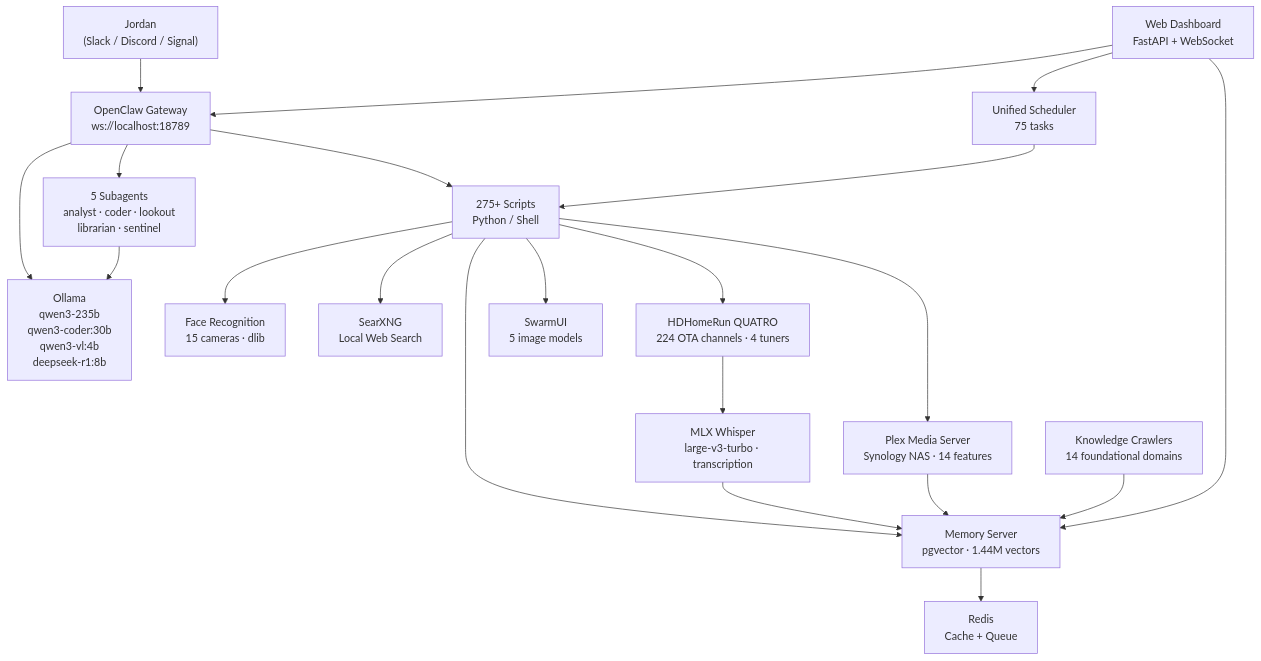
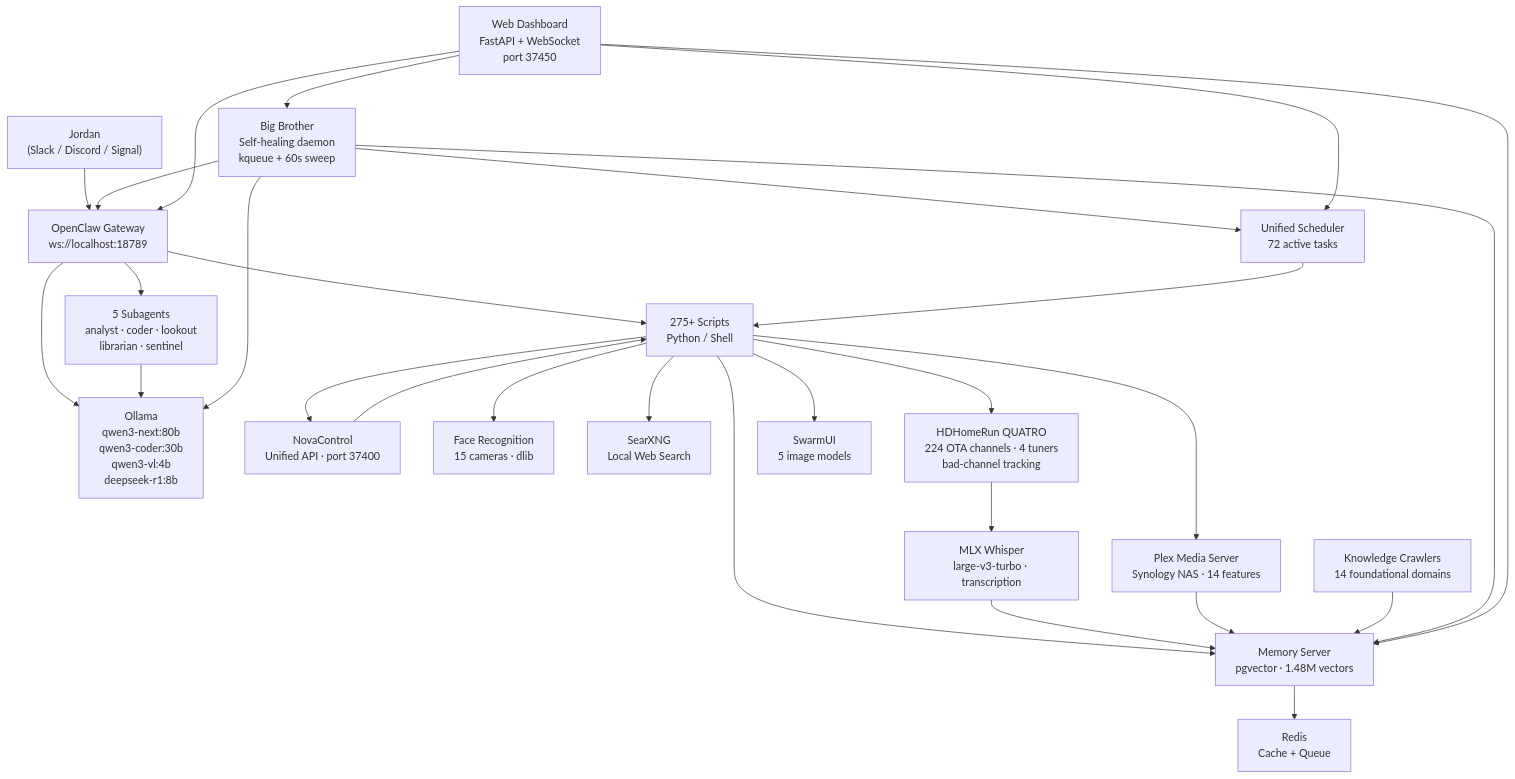
Before and after one commit to kochj23/nova: the second of 10 diagrams in README.md, drawn with Mermaid. The commit also changed other lines of this file and 61 other files, not shown here.

````diff
--- a/README.md
+++ b/README.md
@@ -55,40 +57,49 @@
 ```mermaid
 graph TD
     Jordan["Jordan<br/>(Slack / Discord / Signal)"]
     GW["OpenClaw Gateway<br/>ws://localhost:18789"]
-    Ollama["Ollama<br/>qwen3-235b<br/>qwen3-coder:30b<br/>qwen3-vl:4b<br/>deepseek-r1:8b"]
-    Scheduler["Unified Scheduler<br/>75 tasks"]
-    MemServer["Memory Server<br/>pgvector · 1.44M vectors"]
+    Ollama["Ollama<br/>qwen3-next:80b<br/>qwen3-coder:30b<br/>qwen3-vl:4b<br/>deepseek-r1:8b"]
+    Scheduler["Unified Scheduler<br/>72 active tasks"]
+    MemServer["Memory Server<br/>pgvector · 1.48M vectors"]
+    BigBrother["Big Brother<br/>Self-healing daemon<br/>kqueue + 60s sweep"]
+    NovaControl["NovaControl<br/>Unified API · port 37400"]
     FaceRec["Face Recognition<br/>15 cameras · dlib"]
-    Dashboard["Web Dashboard<br/>FastAPI + WebSocket"]
+    Dashboard["Web Dashboard<br/>FastAPI + WebSocket<br/>port 37450"]
     Scripts["275+ Scripts<br/>Python / Shell"]
     SearXNG["SearXNG<br/>Local Web Search"]
     Redis["Redis<br/>Cache + Queue"]
     Subagents["5 Subagents<br/>analyst · coder · lookout<br/>librarian · sentinel"]
     Plex["Plex Media Server<br/>Synology NAS · 14 features"]
-    HDHomeRun["HDHomeRun QUATRO<br/>224 OTA channels · 4 tuners"]
+    HDHomeRun["HDHomeRun QUATRO<br/>224 OTA channels · 4 tuners<br/>bad-channel tracking"]
     MLXWhisper["MLX Whisper<br/>large-v3-turbo · transcription"]
     SwarmUI["SwarmUI<br/>5 image models"]
     KnowledgeCrawlers["Knowledge Crawlers<br/>14 foundational domains"]
 
     Jordan --> GW
     GW --> Ollama
     GW --> Scripts
     Scheduler --> Scripts
     Scripts --> MemServer
     Scripts --> FaceRec
     MemServer --> Redis
     GW --> Subagents
     Subagents --> Ollama
     Scripts --> SearXNG
     Scripts --> Plex
     Scripts --> HDHomeRun
+    Scripts --> NovaControl
     Scripts --> SwarmUI
     HDHomeRun --> MLXWhisper
     MLXWhisper --> MemServer
     Plex --> MemServer
     KnowledgeCrawlers --> MemServer
+    BigBrother --> GW
+    BigBrother --> Ollama
+    BigBrother --> MemServer
+    BigBrother --> Scheduler
     Dashboard --> GW
     Dashboard --> MemServer
     Dashboard --> Scheduler
+    Dashboard --> BigBrother
+    NovaControl --> Scripts
 ```
````
